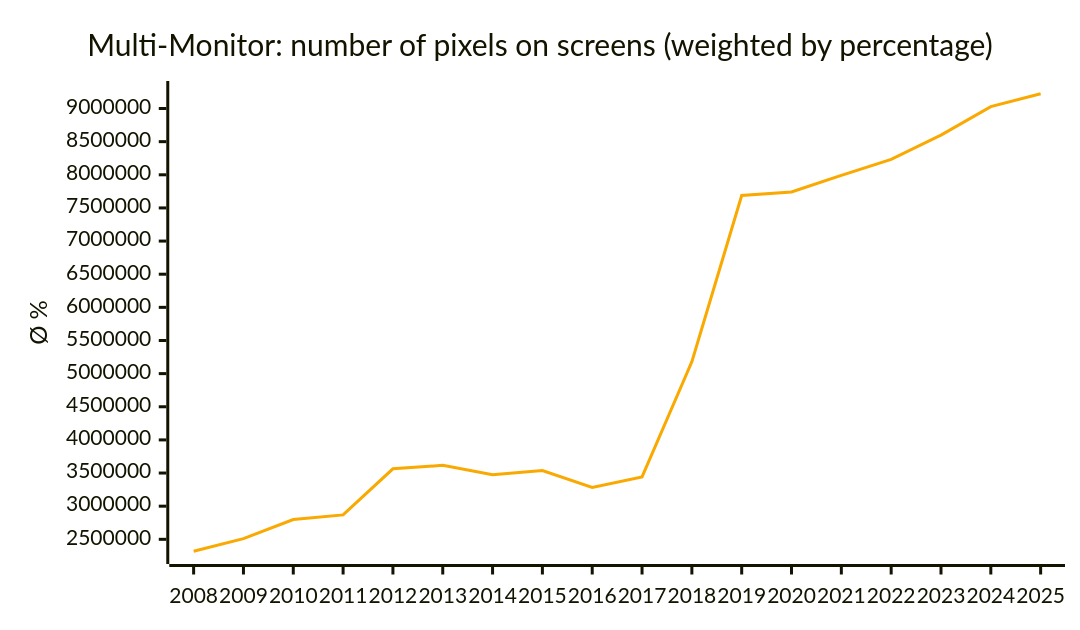
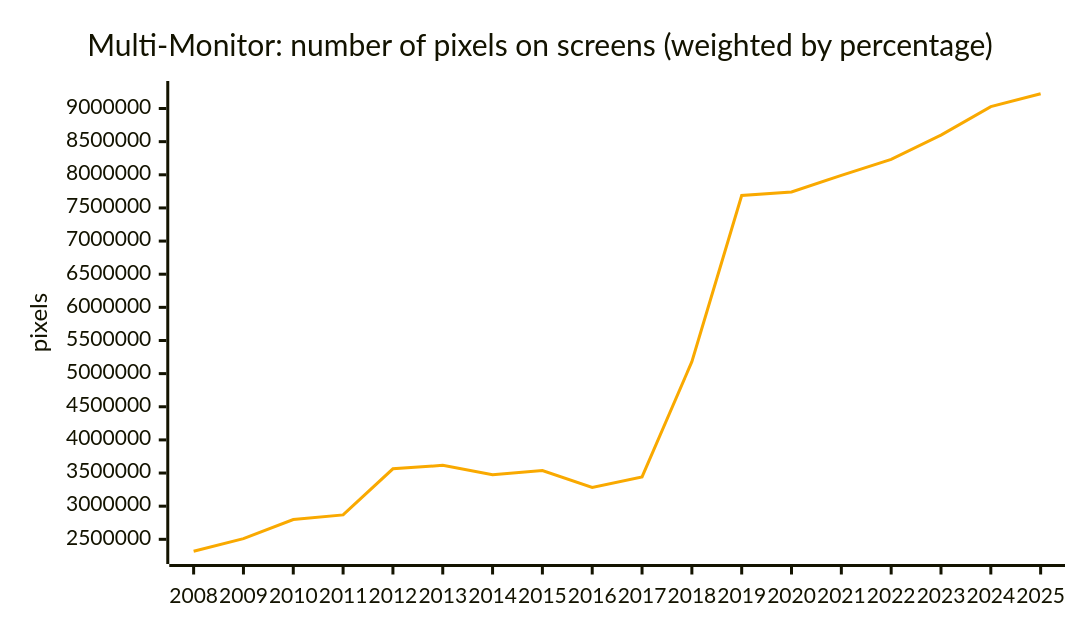
Diagram 13 of 13 in README.md (jdegene/steamHWsurvey), drawn with Mermaid before and after one commit. The commit also changed other lines of this file and 1 other file, not shown here.

Commit message:
added ratio graph

````diff
--- a/README.md
+++ b/README.md
@@ -367,19 +402,19 @@
 ```mermaid
 ---
 config:
     xyChart:
         width: 700
         height: 400
         
     themeVariables:
         xyChart:
             plotColorPalette: "#f9a900"
 
 --- 
 
 xychart-beta
     title "Multi-Monitor: number of pixels on screens (weighted by percentage)"
     x-axis [2008, 2009, 2010, 2011, 2012, 2013, 2014, 2015, 2016, 2017, 2018, 2019, 2020, 2021, 2022, 2023, 2024, 2025]
-    y-axis "Ø %" 
+    y-axis "pixels" 
     line [2319909.5456, 2509416.3005333333, 2798777.9104, 2867947.6621714286, 3563643.0461, 3616471.1752, 3474378.030618182, 3537545.9458333333, 3281757.5182666667, 3441108.7957666665, 5179962.898033333, 7688149.9864, 7739759.53, 7992133.524266667, 8231354.020799999, 8598812.918666666, 9028144.557333333, 9222842.2144]
 ``` 
````
